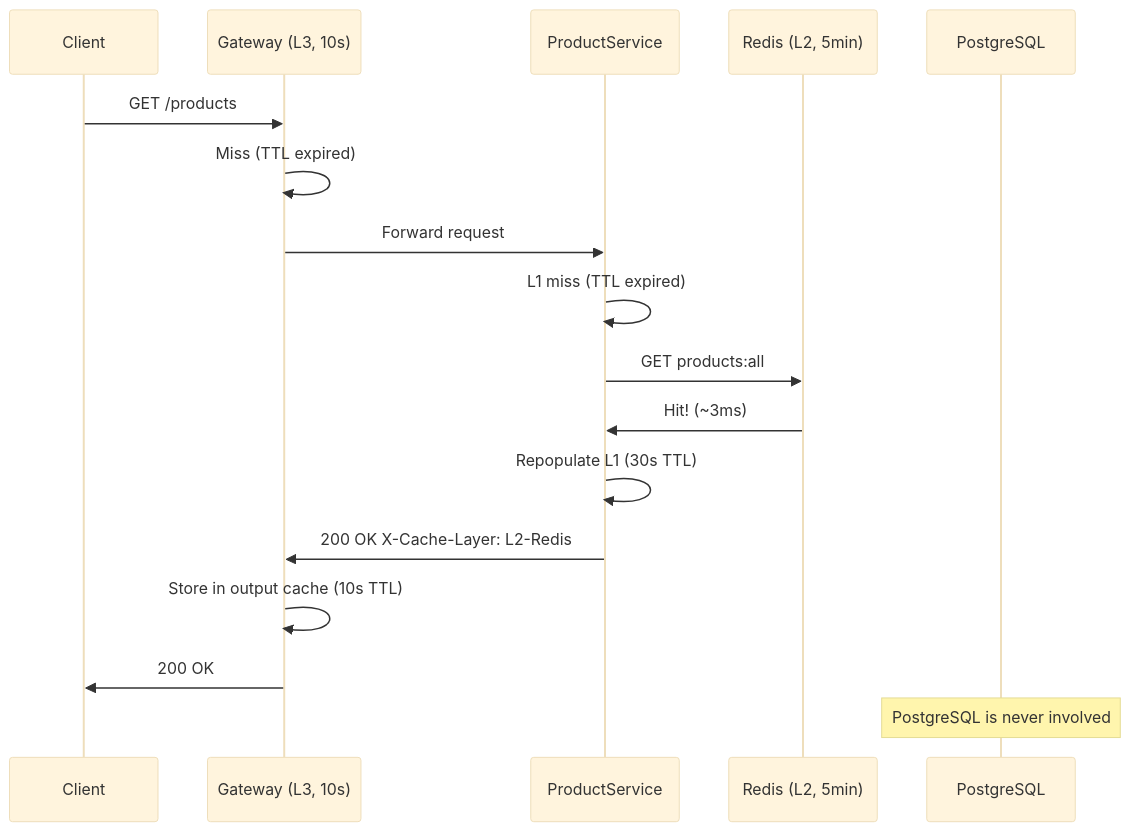
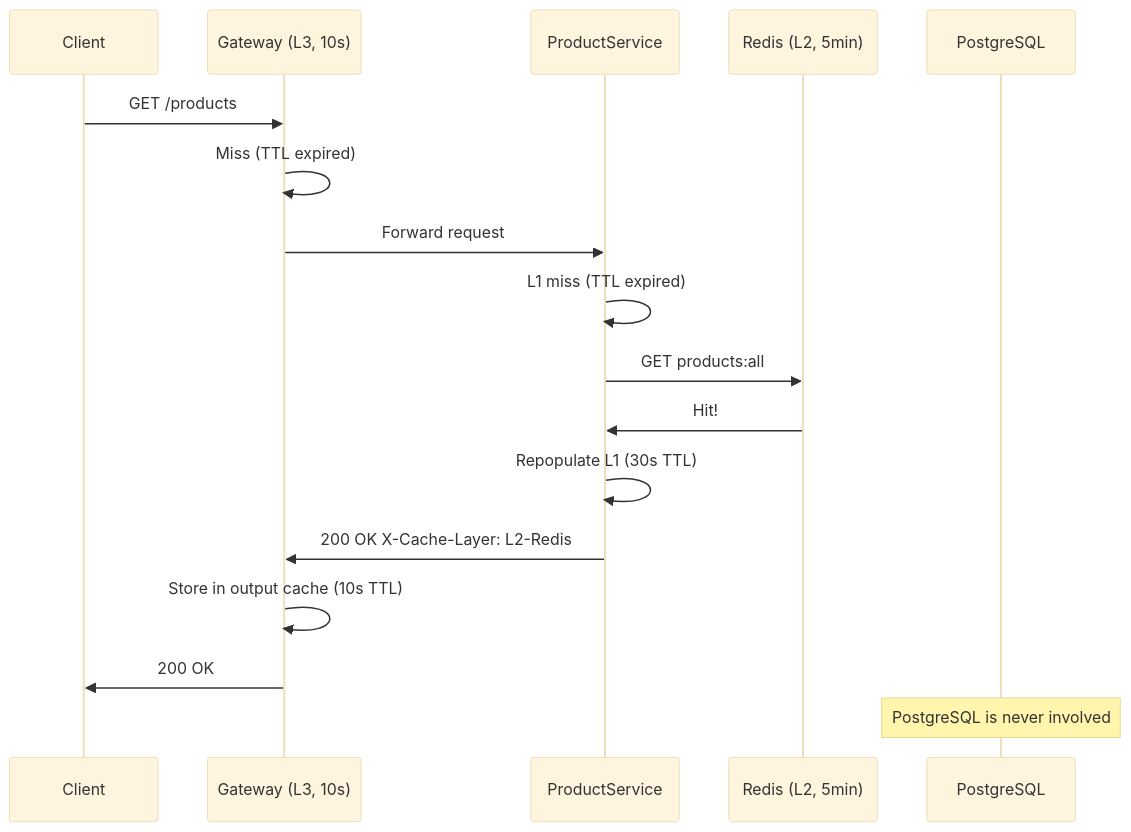
Before and after one commit to RuneKrogh/system-integration-caching: the fourth of 5 diagrams in docs/cache-flow.md, drawn with Mermaid (base theme). The commit also changed other lines of this file, not shown here.

Commit message:
docs: remove latency estimates from cache flow diagrams.

````diff
--- a/docs/cache-flow.md
+++ b/docs/cache-flow.md
@@ -86,21 +86,21 @@
 ```mermaid
 sequenceDiagram
     participant C as Client
     participant G as Gateway (L3, 10s)
     participant P as ProductService
     participant R as Redis (L2, 5min)
     participant DB as PostgreSQL
 
     C->>G: GET /products
     G->>G: Miss (TTL expired)
     G->>P: Forward request
     P->>P: L1 miss (TTL expired)
     P->>R: GET products:all
-    R->>P: Hit! (~3ms)
+    R->>P: Hit!
     P->>P: Repopulate L1 (30s TTL)
     P->>G: 200 OK  X-Cache-Layer: L2-Redis
     G->>G: Store in output cache (10s TTL)
     G->>C: 200 OK
 
     note over DB: PostgreSQL is never involved
 ```
````
